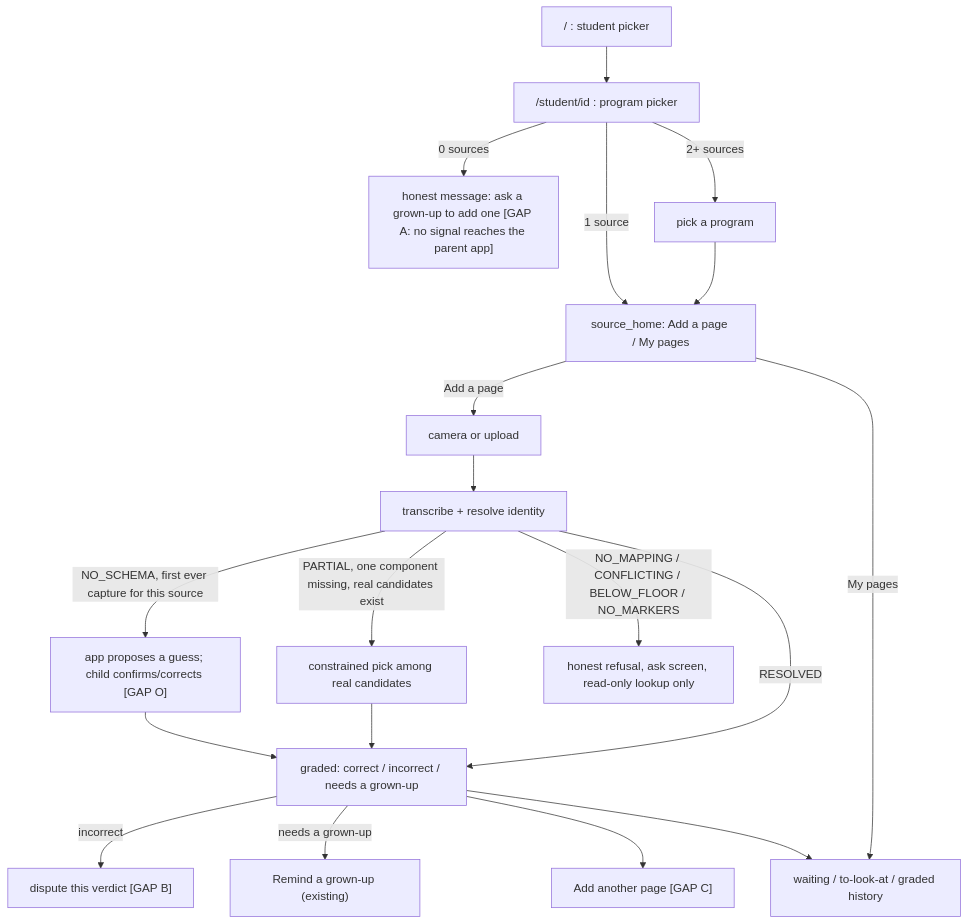
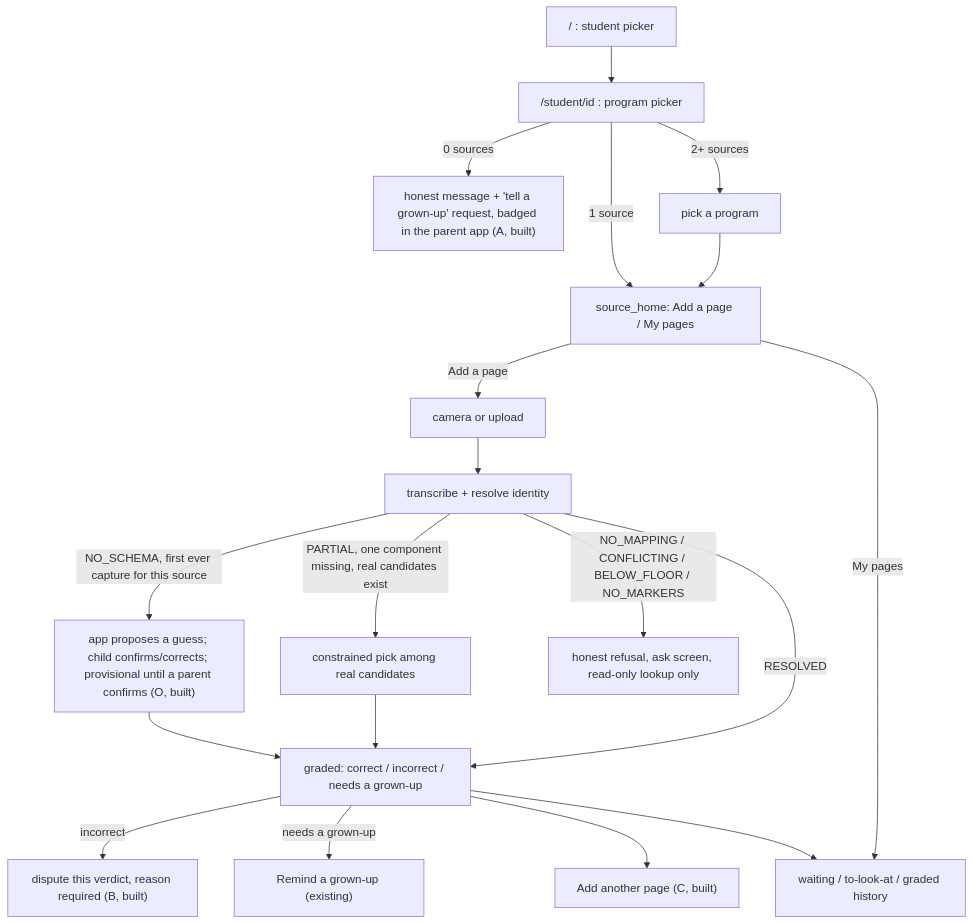
One commit to saranga2000/agentic-k12-teaching-assistant changed the second of 4 diagrams in docs/USER_WORKFLOWS.md. Above: the diagram before and after it, drawn with Mermaid. The commit also changed other lines of this file and 7 other files, not shown here.

````diff
--- a/docs/USER_WORKFLOWS.md
+++ b/docs/USER_WORKFLOWS.md
@@ -159,18 +160,18 @@
 ```mermaid
 flowchart TD
     A["/ : student picker"] --> B["/student/id : program picker"]
-    B -->|"0 sources"| B0["honest message: ask a grown-up to add one [GAP A: no signal reaches the parent app]"]
+    B -->|"0 sources"| B0["honest message + 'tell a grown-up' request, badged in the parent app (A, built)"]
     B -->|"1 source"| C["source_home: Add a page / My pages"]
     B -->|"2+ sources"| B1["pick a program"] --> C
     C -->|"Add a page"| D["camera or upload"]
     C -->|"My pages"| M["waiting / to-look-at / graded history"]
     D --> E["transcribe + resolve identity"]
-    E -->|"NO_SCHEMA, first ever capture for this source"| E0["app proposes a guess; child confirms/corrects [GAP O]"] --> F
+    E -->|"NO_SCHEMA, first ever capture for this source"| E0["app proposes a guess; child confirms/corrects; provisional until a parent confirms (O, built)"] --> F
     E -->|"PARTIAL, one component missing, real candidates exist"| E1["constrained pick among real candidates"] --> F
     E -->|"NO_MAPPING / CONFLICTING / BELOW_FLOOR / NO_MARKERS"| E2["honest refusal, ask screen, read-only lookup only"]
     E -->|"RESOLVED"| F["graded: correct / incorrect / needs a grown-up"]
-    F -->|"incorrect"| G["dispute this verdict [GAP B]"]
+    F -->|"incorrect"| G["dispute this verdict, reason required (B, built)"]
     F -->|"needs a grown-up"| H["Remind a grown-up (existing)"]
-    F --> I["Add another page [GAP C]"]
+    F --> I["Add another page (C, built)"]
     F --> M
 ```
````
